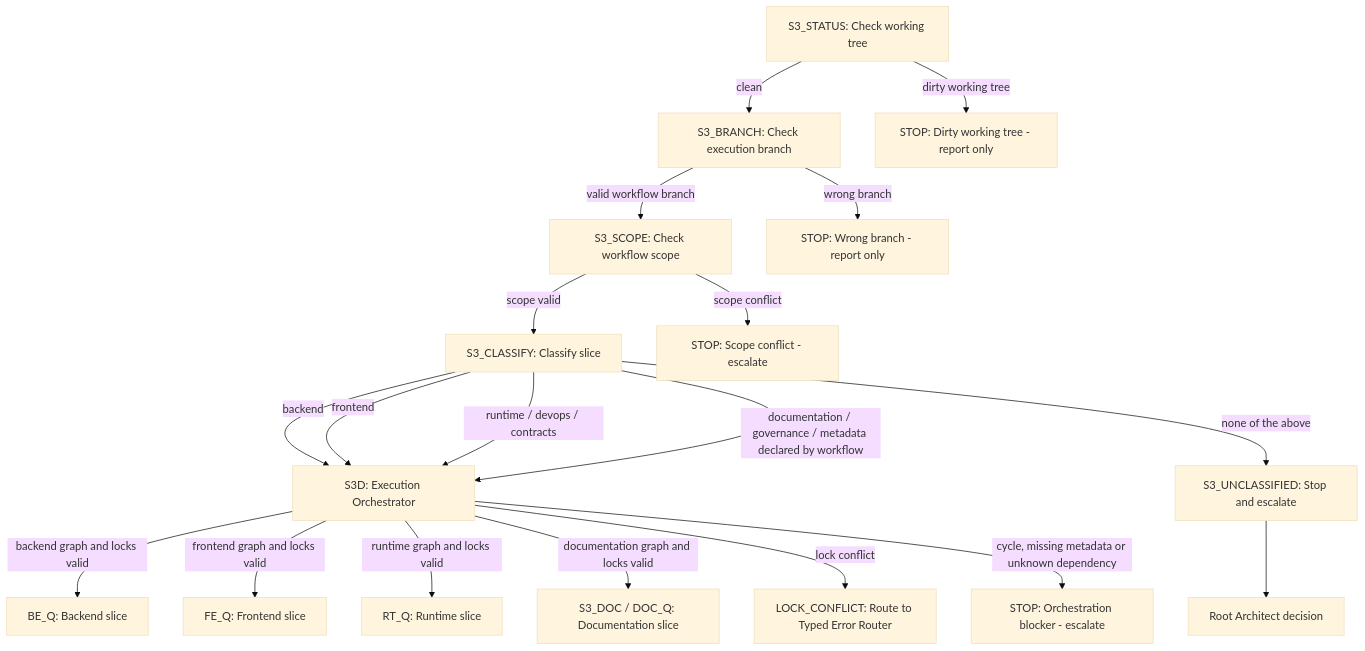
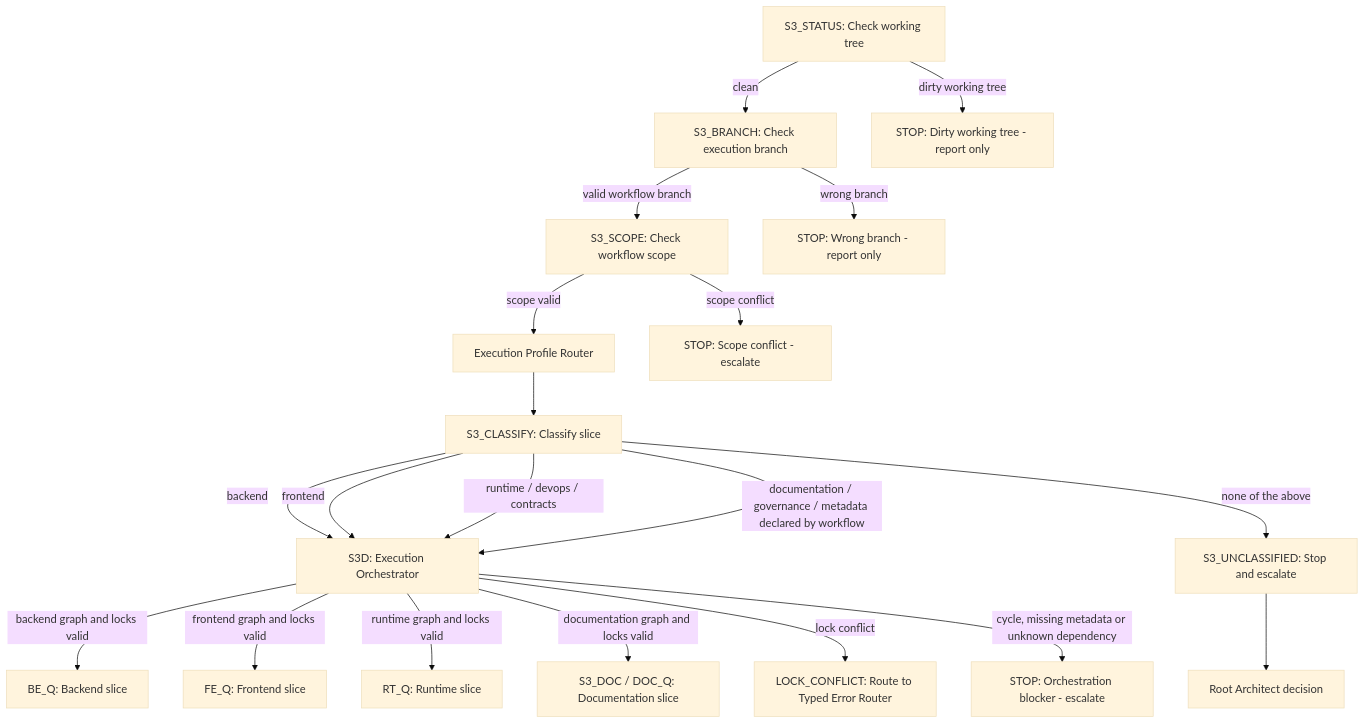
The first of 3 diagrams in docs/process/workflow-execute.md (MatthiasBurger-Coder/forensic_analytics), drawn with Mermaid (base theme) before and after one commit. The commit also changed other lines of this file and 7 other files, not shown here.

Commit message:
docs(workflow): add execution profile routing

````diff
--- a/docs/process/workflow-execute.md
+++ b/docs/process/workflow-execute.md
@@ -27,21 +27,22 @@
 ```mermaid
 flowchart TD
   S3_STATUS["S3_STATUS: Check working tree"] -->|clean| S3_BRANCH["S3_BRANCH: Check execution branch"]
   S3_STATUS -->|dirty working tree| S3_STOP_STATUS["STOP: Dirty working tree - report only"]
   S3_BRANCH -->|valid workflow branch| S3_SCOPE["S3_SCOPE: Check workflow scope"]
   S3_BRANCH -->|wrong branch| S3_STOP_BRANCH["STOP: Wrong branch - report only"]
-  S3_SCOPE -->|scope valid| S3_CLASSIFY["S3_CLASSIFY: Classify slice"]
+  S3_SCOPE -->|scope valid| S3_PROFILE["Execution Profile Router"]
+  S3_PROFILE --> S3_CLASSIFY["S3_CLASSIFY: Classify slice"]
   S3_SCOPE -->|scope conflict| S3_STOP_SCOPE["STOP: Scope conflict - escalate"]
   S3_CLASSIFY -->|backend| S3D["S3D: Execution Orchestrator"]
   S3_CLASSIFY -->|frontend| S3D
   S3_CLASSIFY -->|runtime / devops / contracts| S3D
   S3_CLASSIFY -->|documentation / governance / metadata declared by workflow| S3D
   S3_CLASSIFY -->|none of the above| S3_UNCLASSIFIED["S3_UNCLASSIFIED: Stop and escalate"]
   S3_UNCLASSIFIED --> ROOT_ARCHITECT["Root Architect decision"]
   S3D -->|backend graph and locks valid| BE_Q["BE_Q: Backend slice"]
   S3D -->|frontend graph and locks valid| FE_Q["FE_Q: Frontend slice"]
   S3D -->|runtime graph and locks valid| RT_Q["RT_Q: Runtime slice"]
   S3D -->|documentation graph and locks valid| DOC_Q["S3_DOC / DOC_Q: Documentation slice"]
   S3D -->|lock conflict| S3D_LOCK_CONFLICT["LOCK_CONFLICT: Route to Typed Error Router"]
   S3D -->|cycle, missing metadata or unknown dependency| S3D_STOP["STOP: Orchestration blocker - escalate"]
 ```
````
